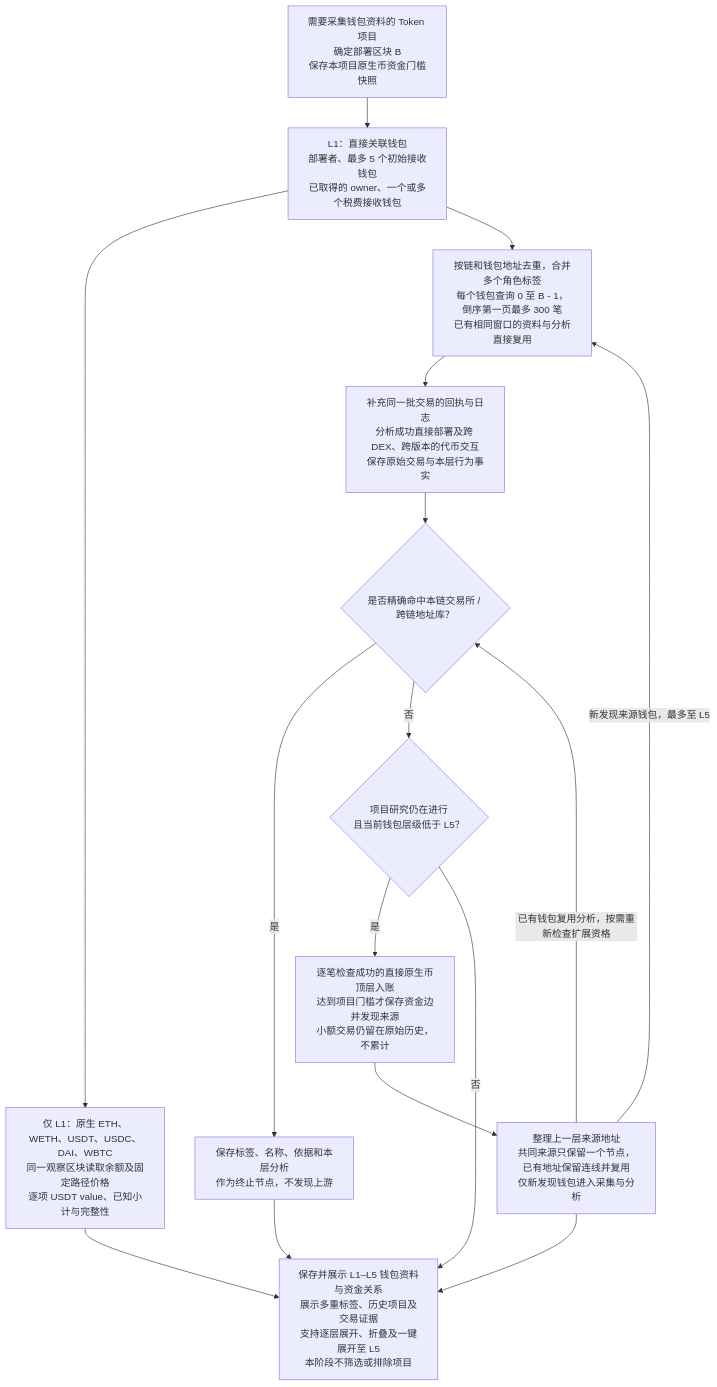
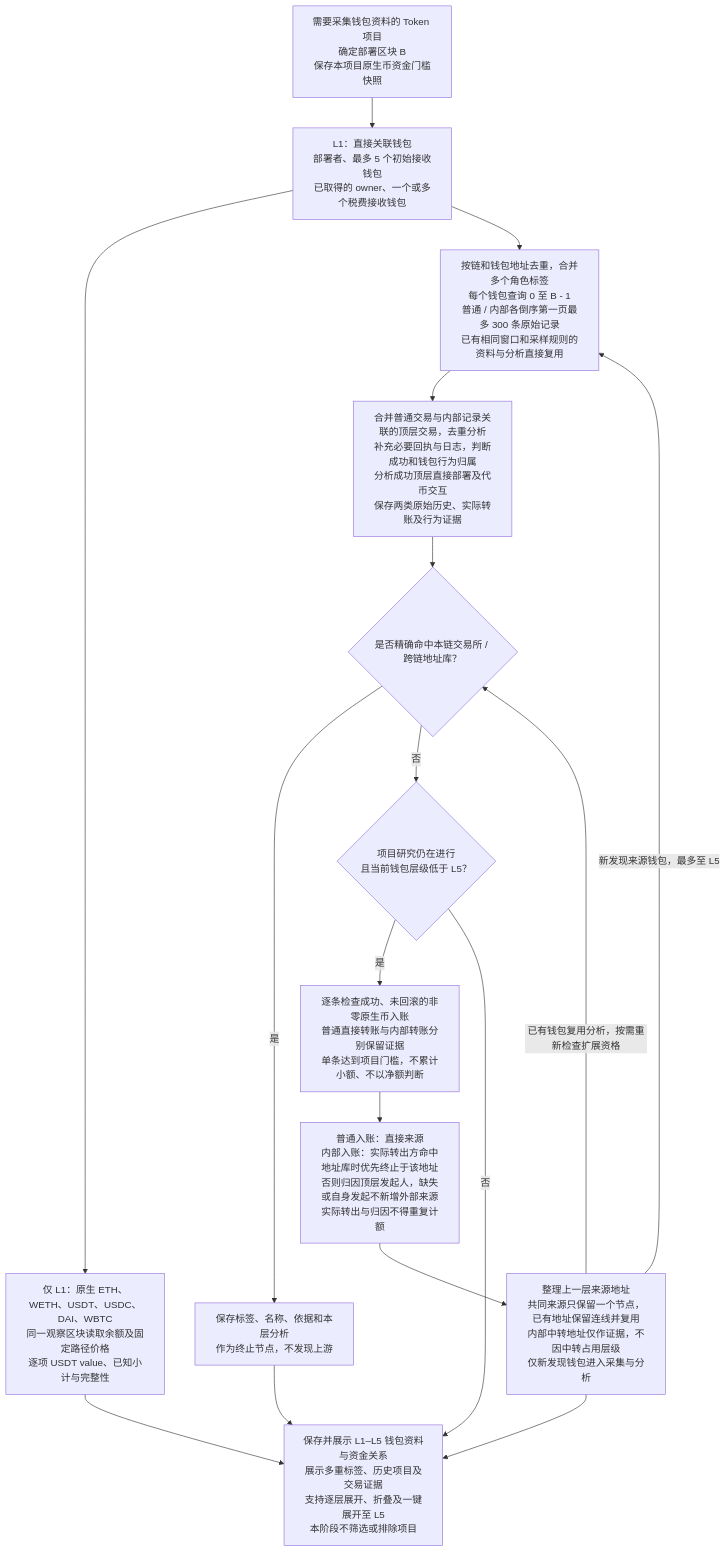
One commit to useryege/athena-o changed the diagram in docs/requirements/token/token-wallet-research-flow.md. Above: the diagram before and after it, drawn with Mermaid. The commit also changed other lines of this file and 19 other files, not shown here.

````diff
--- a/docs/requirements/token/token-wallet-research-flow.md
+++ b/docs/requirements/token/token-wallet-research-flow.md
@@ -31,18 +33,19 @@
 ```mermaid
 flowchart TD
     A["需要采集钱包资料的 Token 项目<br/>确定部署区块 B<br/>保存本项目原生币资金门槛快照"] --> B["L1：直接关联钱包<br/>部署者、最多 5 个初始接收钱包<br/>已取得的 owner、一个或多个税费接收钱包"]
     B --> ASSETS["仅 L1：原生 ETH、WETH、USDT、USDC、DAI、WBTC<br/>同一观察区块读取余额及固定路径价格<br/>逐项 USDT value、已知小计与完整性"]
-    B --> C["按链和钱包地址去重，合并多个角色标签<br/>每个钱包查询 0 至 B - 1，倒序第一页最多 300 笔<br/>已有相同窗口的资料与分析直接复用"]
-    C --> D["补充同一批交易的回执与日志<br/>分析成功直接部署及跨 DEX、跨版本的代币交互<br/>保存原始交易与本层行为事实"]
+    B --> C["按链和钱包地址去重，合并多个角色标签<br/>每个钱包查询 0 至 B - 1<br/>普通 / 内部各倒序第一页最多 300 条原始记录<br/>已有相同窗口和采样规则的资料与分析直接复用"]
+    C --> D["合并普通交易与内部记录关联的顶层交易，去重分析<br/>补充必要回执与日志，判断成功和钱包行为归属<br/>分析成功顶层直接部署及代币交互<br/>保存两类原始历史、实际转账及行为证据"]
     D --> T{"是否精确命中本链交易所 / 跨链地址库？"}
     T -->|是| TERMINAL["保存标签、名称、依据和本层分析<br/>作为终止节点，不发现上游"]
     T -->|否| E{"项目研究仍在进行<br/>且当前钱包层级低于 L5？"}
-    E -->|是| F["逐笔检查成功的直接原生币顶层入账<br/>达到项目门槛才保存资金边并发现来源<br/>小额交易仍留在原始历史，不累计"]
-    F --> G["整理上一层来源地址<br/>共同来源只保留一个节点，已有地址保留连线并复用<br/>仅新发现钱包进入采集与分析"]
+    E -->|是| F["逐条检查成功、未回滚的非零原生币入账<br/>普通直接转账与内部转账分别保留证据<br/>单条达到项目门槛，不累计小额、不以净额判断"]
+    F --> SOURCE["普通入账：直接来源<br/>内部入账：实际转出方命中地址库时优先终止于该地址<br/>否则归因顶层发起人，缺失或自身发起不新增外部来源<br/>实际转出与归因不得重复计额"]
+    SOURCE --> G["整理上一层来源地址<br/>共同来源只保留一个节点，已有地址保留连线并复用<br/>内部中转地址仅作证据，不因中转占用层级<br/>仅新发现钱包进入采集与分析"]
     G -->|新发现来源钱包，最多至 L5| C
     G -->|已有钱包复用分析，按需重新检查扩展资格| T
     G --> H["保存并展示 L1–L5 钱包资料与资金关系<br/>展示多重标签、历史项目及交易证据<br/>支持逐层展开、折叠及一键展开至 L5<br/>本阶段不筛选或排除项目"]
     E -->|否| H
     TERMINAL --> H
     ASSETS --> H
 ```
````
